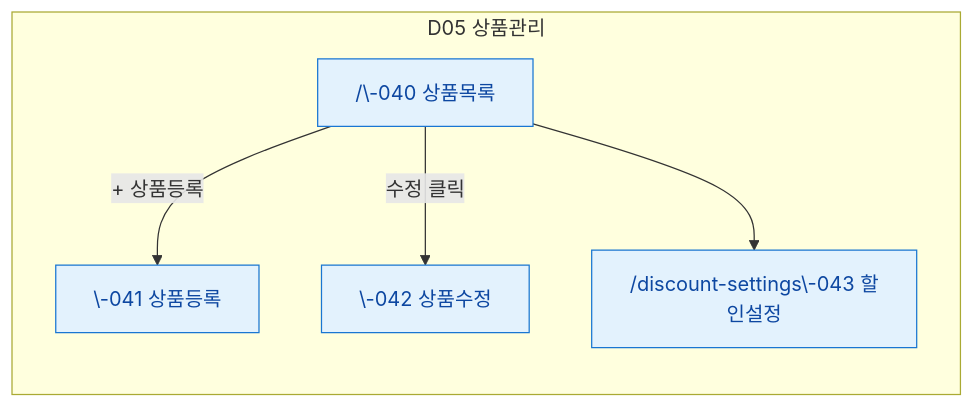
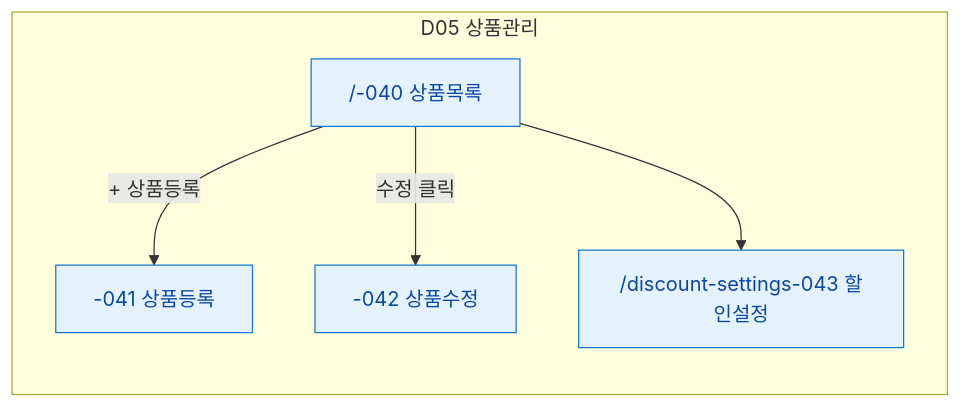
The sixth of 11 diagrams in docs/admin/다이어그램/00_사이트맵/N2_도메인별_사이트맵.md (dev-spogym/admin-pando), drawn with Mermaid before and after one commit. The commit also changed other lines of this file and 369 other files, not shown here.

````diff
--- a/docs/admin/다이어그램/00_사이트맵/N2_도메인별_사이트맵.md
+++ b/docs/admin/다이어그램/00_사이트맵/N2_도메인별_사이트맵.md
@@ -148,16 +148,16 @@
 ```mermaid
 flowchart LR
     subgraph D05["D05 상품관리"]
-        SCR040["/\-040 상품목록"]
-        SCR041["\-041 상품등록"]
-        SCR042["\-042 상품수정"]
-        SCR043["/discount-settings\-043 할인설정"]
+        SCR040["/-040 상품목록"]
+        SCR041["-041 상품등록"]
+        SCR042["-042 상품수정"]
+        SCR043["/discount-settings-043 할인설정"]
     end
 
     SCR040 -->|"+ 상품등록"|SCR041
     SCR040 -->|"수정 클릭"|SCR042
     SCR040 --> SCR043
 
     classDef screen fill:#E3F2FD,stroke:#1976D2,color:#0D47A1
     class SCR040,SCR041,SCR042,SCR043 screen
 ```
````
